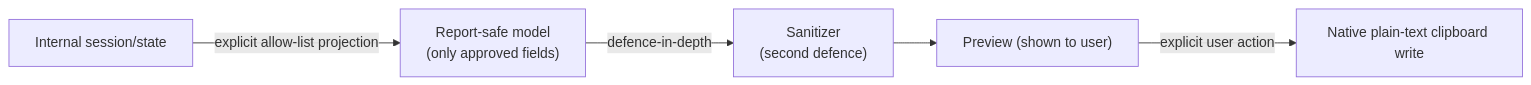
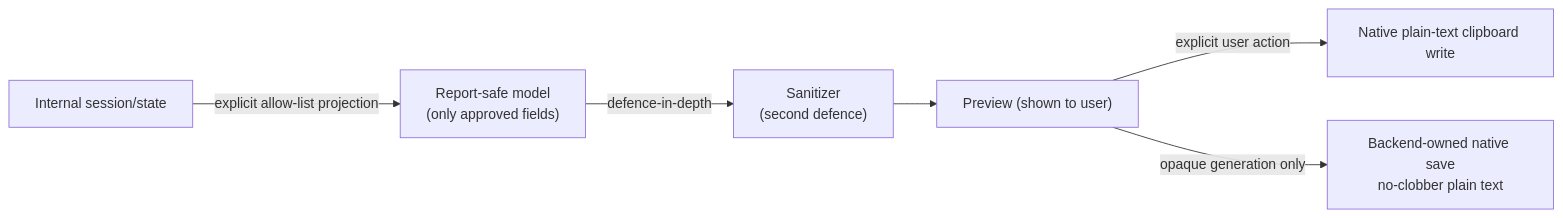
Before and after one commit to gregweir/ai-engine-room: the second of 2 diagrams in docs/design/architecture.md, drawn with Mermaid. The commit also changed other lines of this file and 25 other files, not shown here.

Commit message:
feat: add bounded plain-text report saving

````diff
--- a/docs/design/architecture.md
+++ b/docs/design/architecture.md
@@ -410,7 +410,8 @@
 ```mermaid
 flowchart LR
   S["Internal session/state"] -->|explicit allow-list projection| R["Report-safe model\n(only approved fields)"]
   R -->|defence-in-depth| San["Sanitizer\n(second defence)"]
   San --> P["Preview (shown to user)"]
   P -->|explicit user action| Copy["Native plain-text clipboard write"]
+  P -->|opaque generation only| Save["Backend-owned native save\nno-clobber plain text"]
 ```
````
